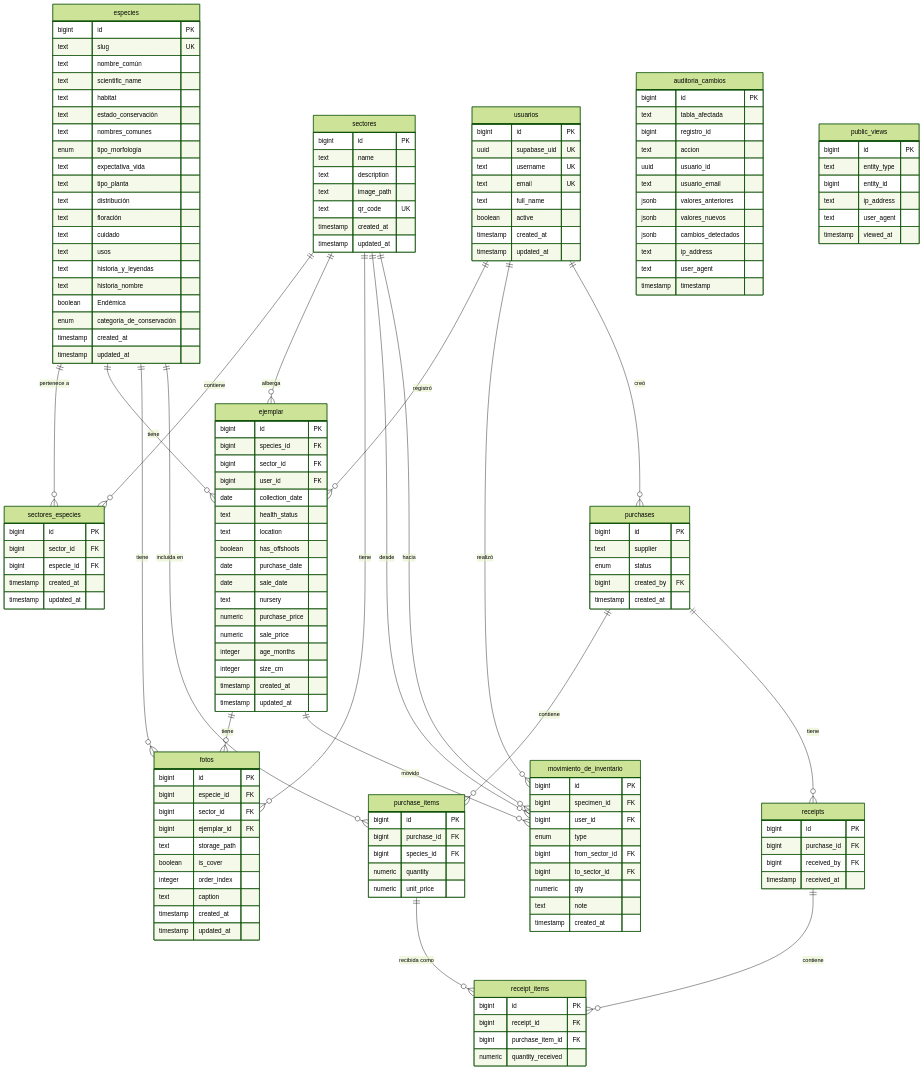
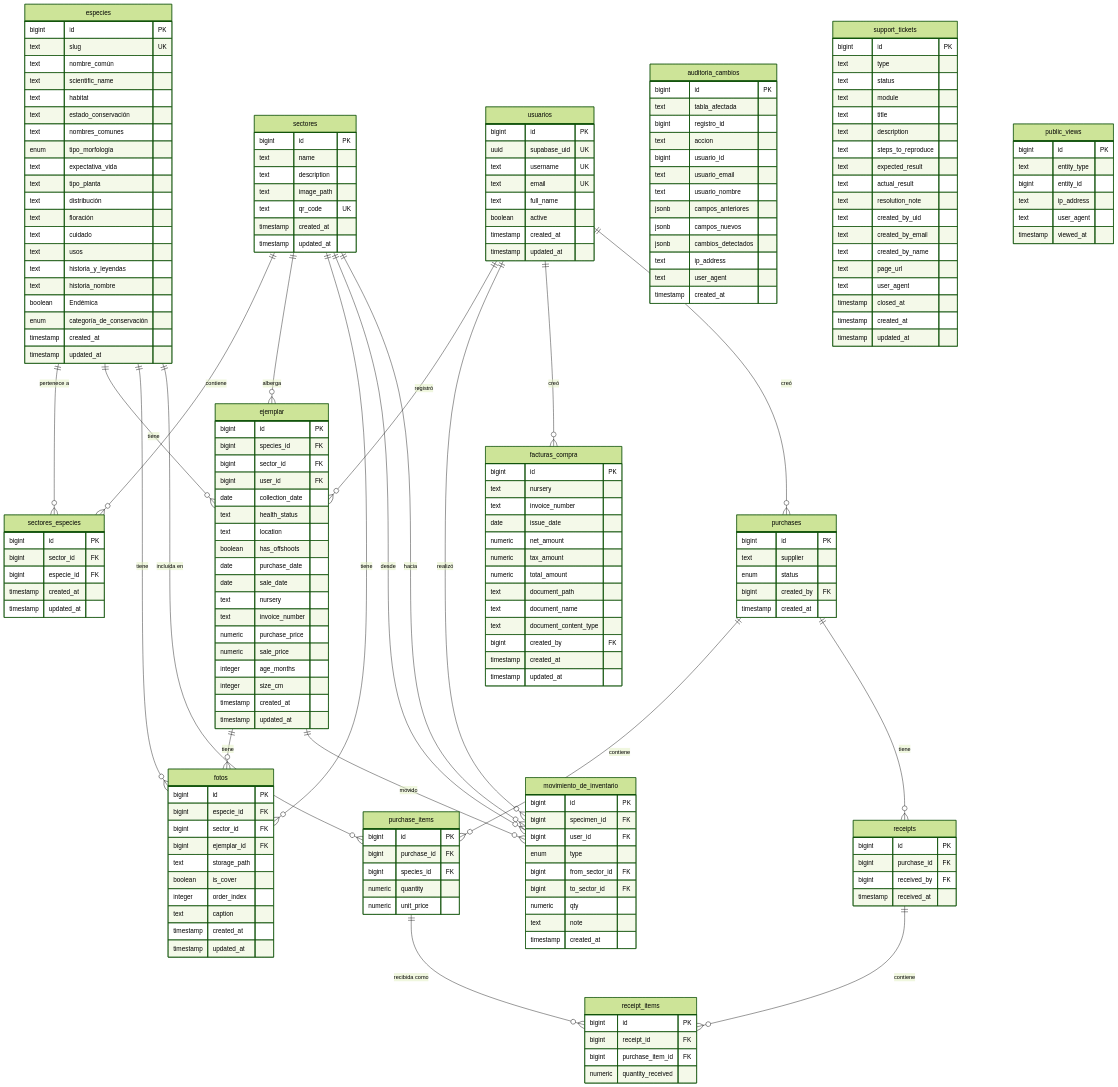
The diagram in docs/database.md (felicanales/CactarioCasaMolle), drawn with Mermaid (forest theme) before and after one commit. The commit also changed other lines of this file and 24 other files, not shown here.

```diff
--- a/docs/database.md
+++ b/docs/database.md
@@ -72,6 +72,7 @@
     date purchase_date
     date sale_date
     text nursery
+    text invoice_number
     numeric purchase_price
     numeric sale_price
     integer age_months
@@ -98,14 +99,52 @@
     text tabla_afectada
     bigint registro_id
     text accion
-    uuid usuario_id
+    bigint usuario_id
     text usuario_email
-    jsonb valores_anteriores
-    jsonb valores_nuevos
+    text usuario_nombre
+    jsonb campos_anteriores
+    jsonb campos_nuevos
     jsonb cambios_detectados
     text ip_address
     text user_agent
-    timestamp timestamp
+    timestamp created_at
+  }
+
+  facturas_compra {
+    bigint id PK
+    text nursery
+    text invoice_number
+    date issue_date
+    numeric net_amount
+    numeric tax_amount
+    numeric total_amount
+    text document_path
+    text document_name
+    text document_content_type
+    bigint created_by FK
+    timestamp created_at
+    timestamp updated_at
+  }
+
+  support_tickets {
+    bigint id PK
+    text type
+    text status
+    text module
+    text title
+    text description
+    text steps_to_reproduce
+    text expected_result
+    text actual_result
+    text resolution_note
+    text created_by_uid
+    text created_by_email
+    text created_by_name
+    text page_url
+    text user_agent
+    timestamp closed_at
+    timestamp created_at
+    timestamp updated_at
   }
 
   movimiento_de_inventario {
@@ -168,6 +207,7 @@
   sectores ||--o{ fotos : "tiene"
   ejemplar ||--o{ fotos : "tiene"
   usuarios ||--o{ movimiento_de_inventario : "realizó"
+  usuarios ||--o{ facturas_compra : "creó"
   ejemplar ||--o{ movimiento_de_inventario : "movido"
   sectores ||--o{ movimiento_de_inventario : "desde"
   sectores ||--o{ movimiento_de_inventario : "hacia"
```
